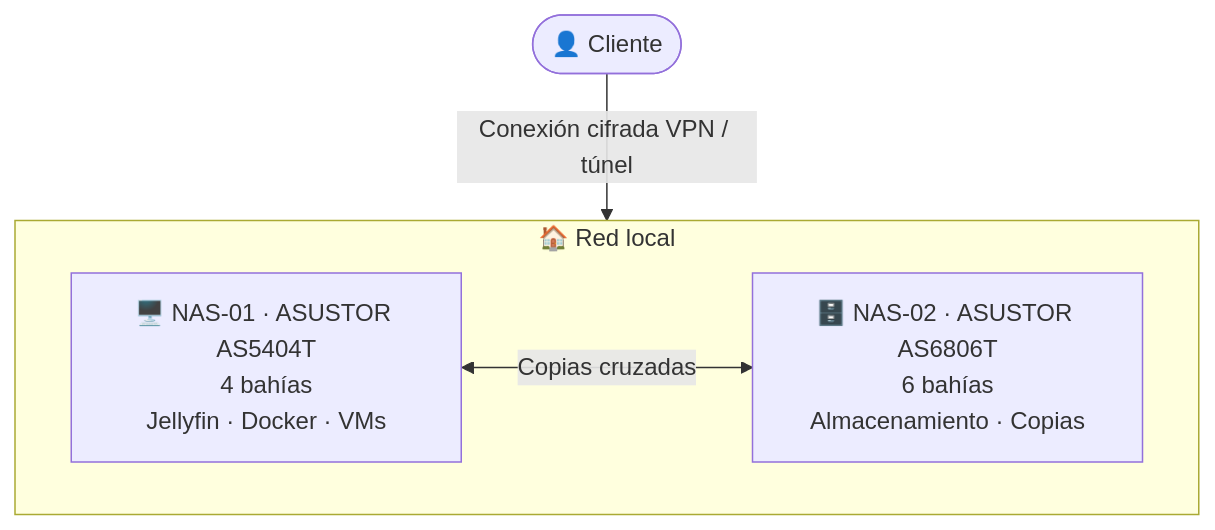
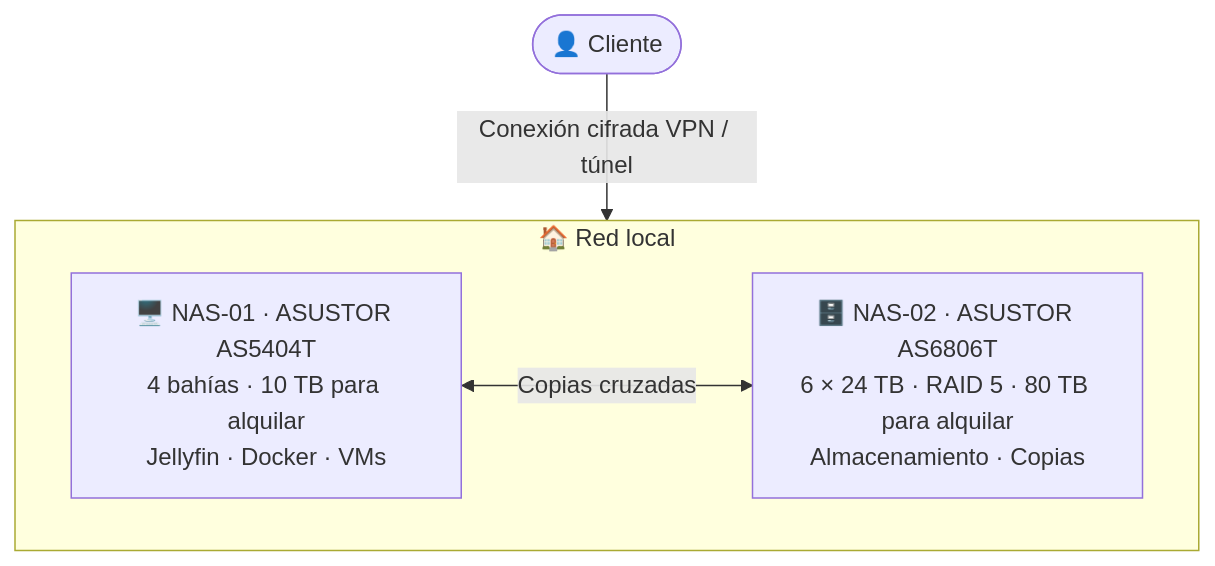
One commit to Oskillar28/raco-hosting changed the second of 2 diagrams in README.md. Above: the diagram before and after it, drawn with Mermaid. The commit also changed other lines of this file and 4 other files, not shown here.

````diff
--- a/README.md
+++ b/README.md
@@ -107,9 +107,9 @@
 ```mermaid
 flowchart TB
     Cliente([👤 Cliente]) -->|Conexión cifrada VPN / túnel| Red
     subgraph Red[🏠 Red local]
-        NAS1[🖥️ NAS-01 · ASUSTOR AS5404T<br/>4 bahías<br/>Jellyfin · Docker · VMs]
-        NAS2[🗄️ NAS-02 · ASUSTOR AS6806T<br/>6 bahías<br/>Almacenamiento · Copias]
+        NAS1[🖥️ NAS-01 · ASUSTOR AS5404T<br/>4 bahías · 10 TB para alquilar<br/>Jellyfin · Docker · VMs]
+        NAS2[🗄️ NAS-02 · ASUSTOR AS6806T<br/>6 × 24 TB · RAID 5 · 80 TB para alquilar<br/>Almacenamiento · Copias]
         NAS1 <-->|Copias cruzadas| NAS2
     end
 ```
````
